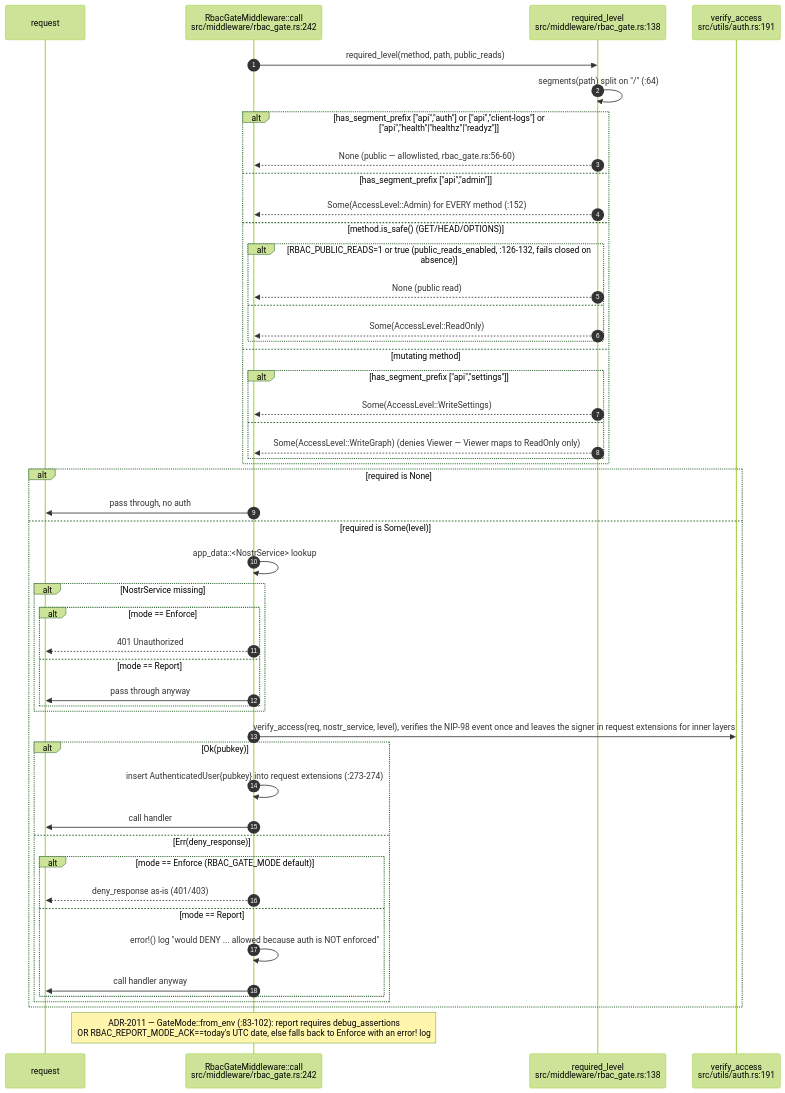
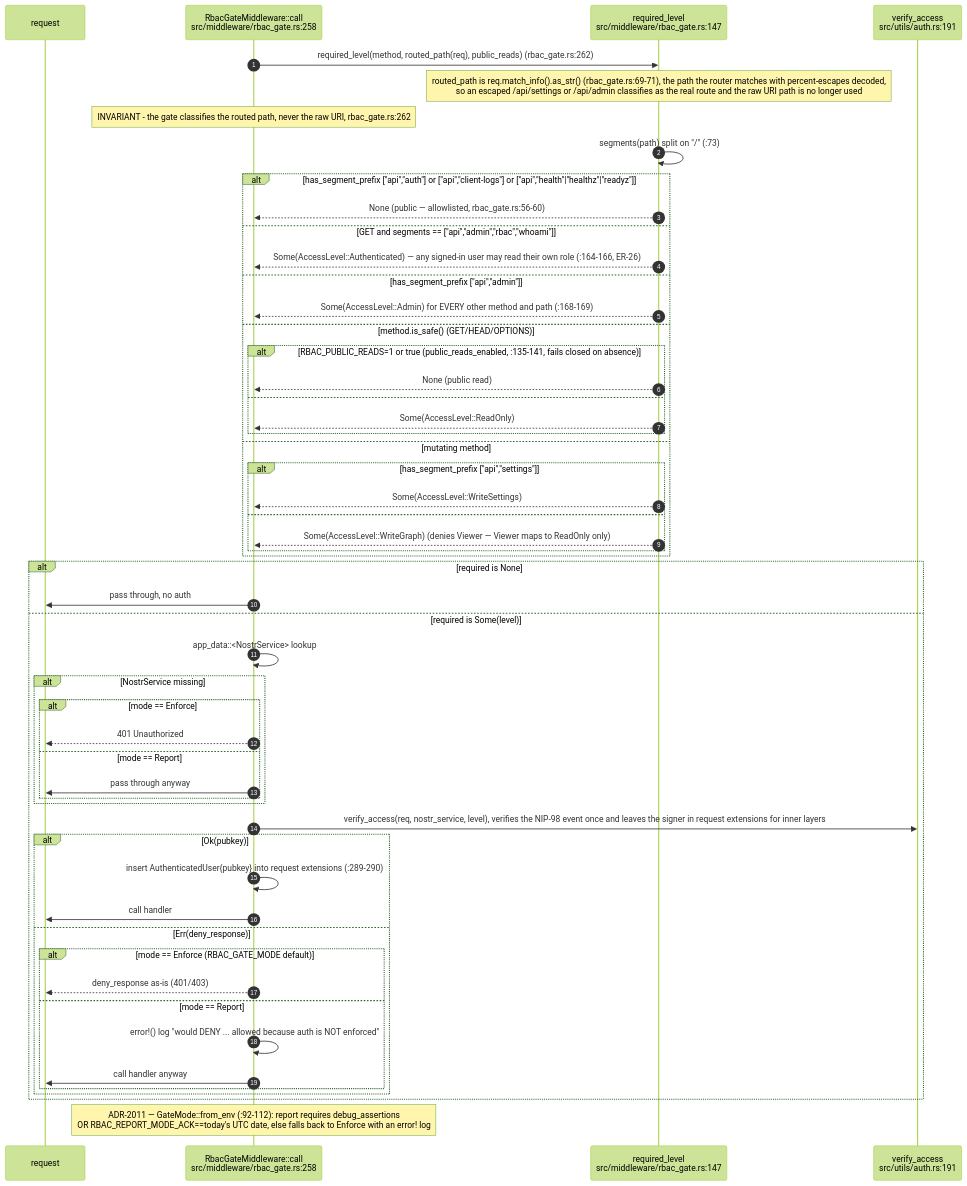
The sixth of 14 diagrams in docs/diagrams/visionclaw/03-request-lifecycle-and-rbac.md (DreamLab-AI/VisionFlow), drawn with Mermaid (forest theme) before and after one commit. The commit also changed other lines of this file and 160 other files, not shown here.

````diff
--- a/docs/diagrams/visionclaw/03-request-lifecycle-and-rbac.md
+++ b/docs/diagrams/visionclaw/03-request-lifecycle-and-rbac.md
@@ -326,53 +329,57 @@
 ```mermaid
 sequenceDiagram
     autonumber
     participant R as request
-    participant RG as RbacGateMiddleware::call<br/>src/middleware/rbac_gate.rs:242
-    participant RL as required_level<br/>src/middleware/rbac_gate.rs:138
+    participant RG as RbacGateMiddleware::call<br/>src/middleware/rbac_gate.rs:258
+    participant RL as required_level<br/>src/middleware/rbac_gate.rs:147
     participant VA as verify_access<br/>src/utils/auth.rs:191
 
-    RG->>RL: required_level(method, path, public_reads)
-    RL->>RL: segments(path) split on "/" (:64)
+    RG->>RL: required_level(method, routed_path(req), public_reads) (rbac_gate.rs:262)
+    Note over RL: routed_path is req.match_info().as_str() (rbac_gate.rs:69-71), the path the router matches with percent-escapes decoded,<br/>so an escaped /api/settings or /api/admin classifies as the real route and the raw URI path is no longer used
+    Note over RG: INVARIANT - the gate classifies the routed path, never the raw URI, rbac_gate.rs:262
+    RL->>RL: segments(path) split on "/" (:73)
     alt has_segment_prefix ["api","auth"] or ["api","client-logs"] or ["api","health"|"healthz"|"readyz"]
         RL-->>RG: None (public — allowlisted, rbac_gate.rs:56-60)
+    else GET and segments == ["api","admin","rbac","whoami"]
+        RL-->>RG: Some(AccessLevel::Authenticated) — any signed-in user may read their own role (:164-166, ER-26)
     else has_segment_prefix ["api","admin"]
-        RL-->>RG: Some(AccessLevel::Admin) for EVERY method (:152)
+        RL-->>RG: Some(AccessLevel::Admin) for EVERY other method and path (:168-169)
     else method.is_safe() (GET/HEAD/OPTIONS)
-        alt RBAC_PUBLIC_READS=1 or true (public_reads_enabled, :126-132, fails closed on absence)
+        alt RBAC_PUBLIC_READS=1 or true (public_reads_enabled, :135-141, fails closed on absence)
             RL-->>RG: None (public read)
         else
             RL-->>RG: Some(AccessLevel::ReadOnly)
         end
     else mutating method
         alt has_segment_prefix ["api","settings"]
             RL-->>RG: Some(AccessLevel::WriteSettings)
         else
             RL-->>RG: Some(AccessLevel::WriteGraph) (denies Viewer — Viewer maps to ReadOnly only)
         end
     end
     alt required is None
         RG->>R: pass through, no auth
     else required is Some(level)
         RG->>RG: app_data::<NostrService> lookup
         alt NostrService missing
             alt mode == Enforce
                 RG-->>R: 401 Unauthorized
             else mode == Report
                 RG->>R: pass through anyway
             end
         end
         RG->>VA: verify_access(req, nostr_service, level), verifies the NIP-98 event once and leaves the signer in request extensions for inner layers
         alt Ok(pubkey)
-            RG->>RG: insert AuthenticatedUser{pubkey} into request extensions (:273-274)
+            RG->>RG: insert AuthenticatedUser{pubkey} into request extensions (:289-290)
             RG->>R: call handler
         else Err(deny_response)
             alt mode == Enforce (RBAC_GATE_MODE default)
                 RG-->>R: deny_response as-is (401/403)
             else mode == Report
                 RG->>RG: error!() log "would DENY ... allowed because auth is NOT enforced"
                 RG->>R: call handler anyway
             end
         end
     end
-    Note over RG: ADR-2011 — GateMode::from_env (:83-102): report requires debug_assertions<br/>OR RBAC_REPORT_MODE_ACK==today's UTC date, else falls back to Enforce with an error! log
+    Note over RG: ADR-2011 — GateMode::from_env (:92-112): report requires debug_assertions<br/>OR RBAC_REPORT_MODE_ACK==today's UTC date, else falls back to Enforce with an error! log
 ```
````
